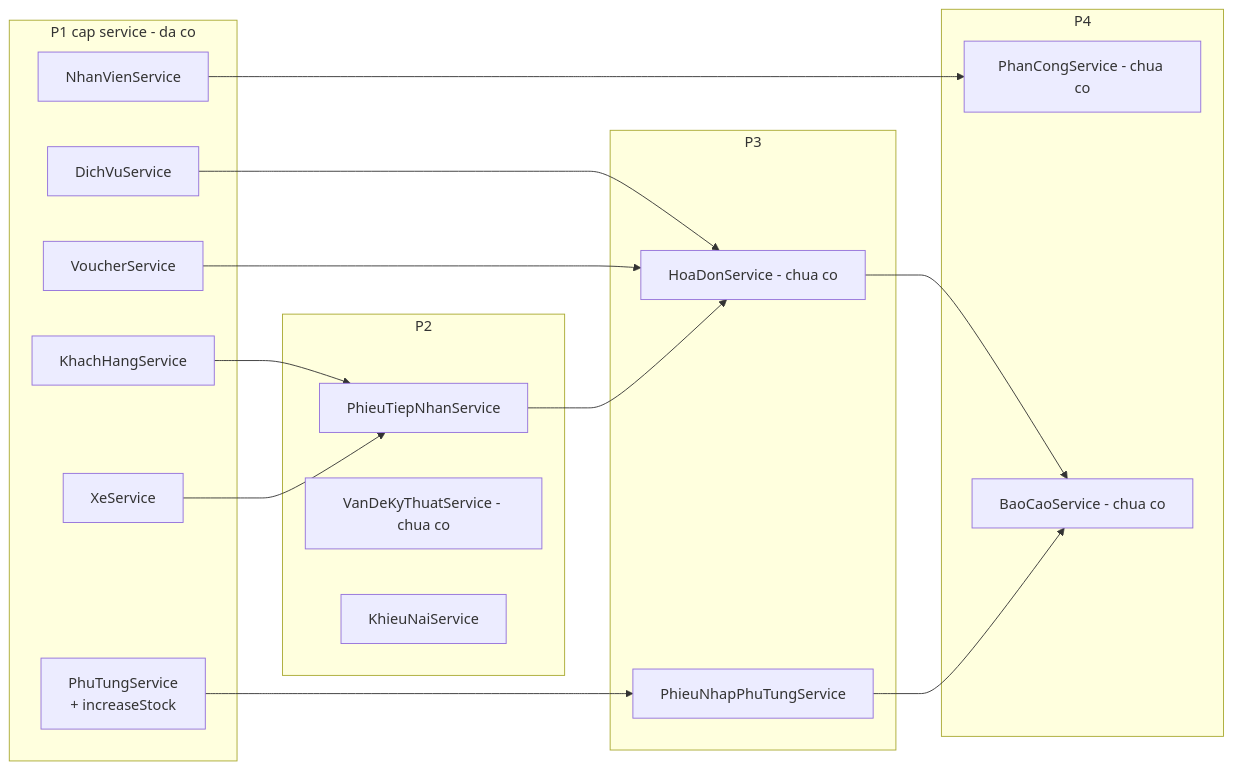
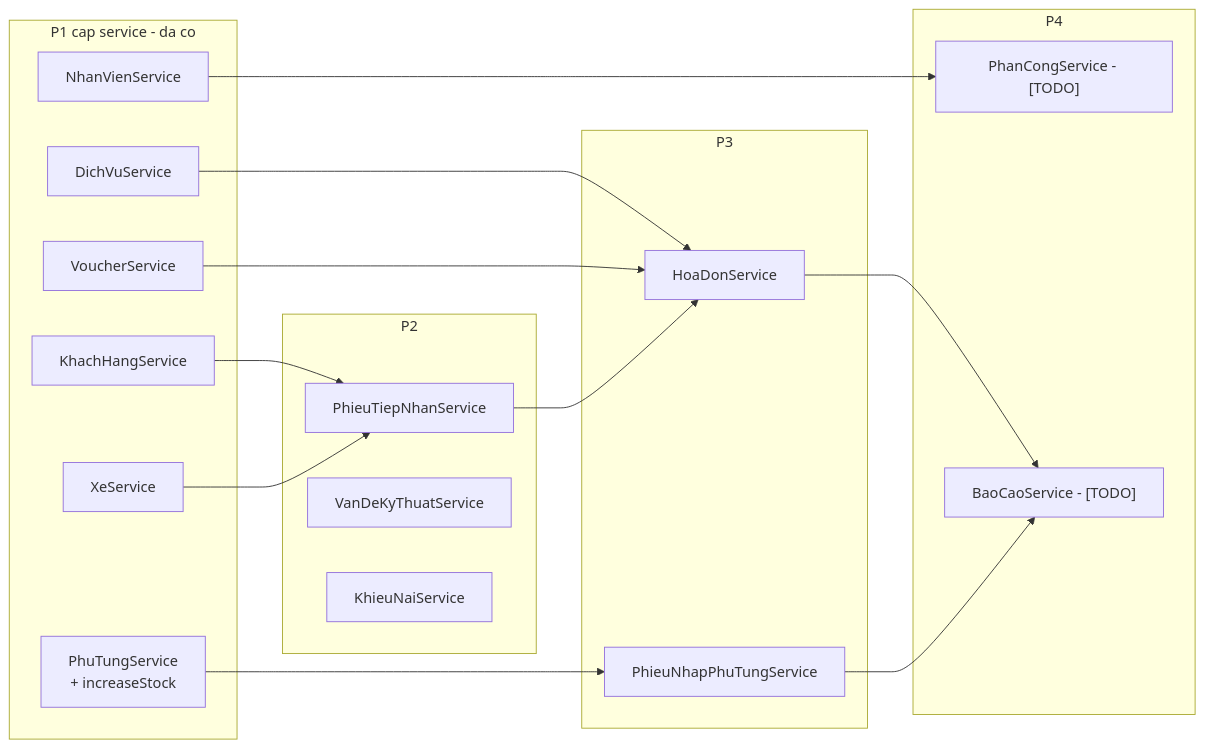
The second of 10 diagrams in assets/tasks/DGRAPH.md (MaiTheHao/iuh-fall2026-ptud), drawn with Mermaid before and after one commit. The commit also changed other lines of this file and 3 other files, not shown here.

````diff
--- a/assets/tasks/DGRAPH.md
+++ b/assets/tasks/DGRAPH.md
@@ -29,37 +29,37 @@
 ```mermaid
 flowchart LR
     subgraph sgP1["P1 cap service - da co"]
         khs["KhachHangService"]
         svcXe["XeService"]
         nvs["NhanVienService"]
         pts["PhuTungService<br/>+ increaseStock"]
         dvs["DichVuService"]
         vcs["VoucherService"]
     end
 
     subgraph sgP2["P2"]
         ptns["PhieuTiepNhanService"]
-        vdks["VanDeKyThuatService - chua co"]
+        vdks["VanDeKyThuatService"]
         kns["KhieuNaiService"]
     end
 
     subgraph sgP3["P3"]
         pnps["PhieuNhapPhuTungService"]
-        hds["HoaDonService - chua co"]
+        hds["HoaDonService"]
     end
 
     subgraph sgP4["P4"]
-        pcs["PhanCongService - chua co"]
-        bcs["BaoCaoService - chua co"]
+        pcs["PhanCongService - [TODO]"]
+        bcs["BaoCaoService - [TODO]"]
     end
 
     khs --> ptns
     svcXe --> ptns
     nvs --> pcs
     pts --> pnps
     dvs --> hds
     vcs --> hds
     ptns --> hds
     hds --> bcs
     pnps --> bcs
 ```
````
